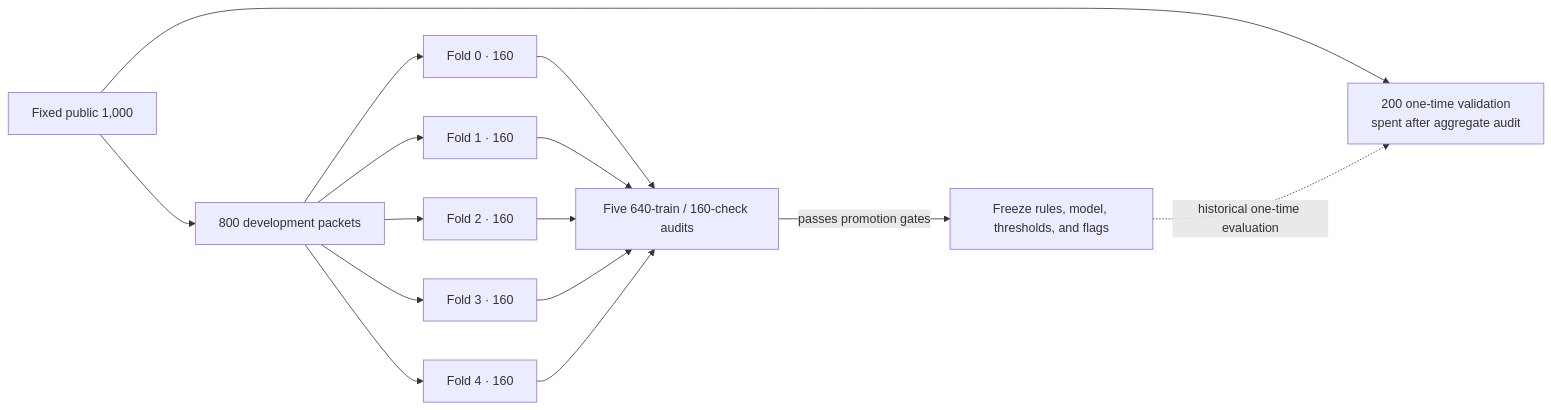
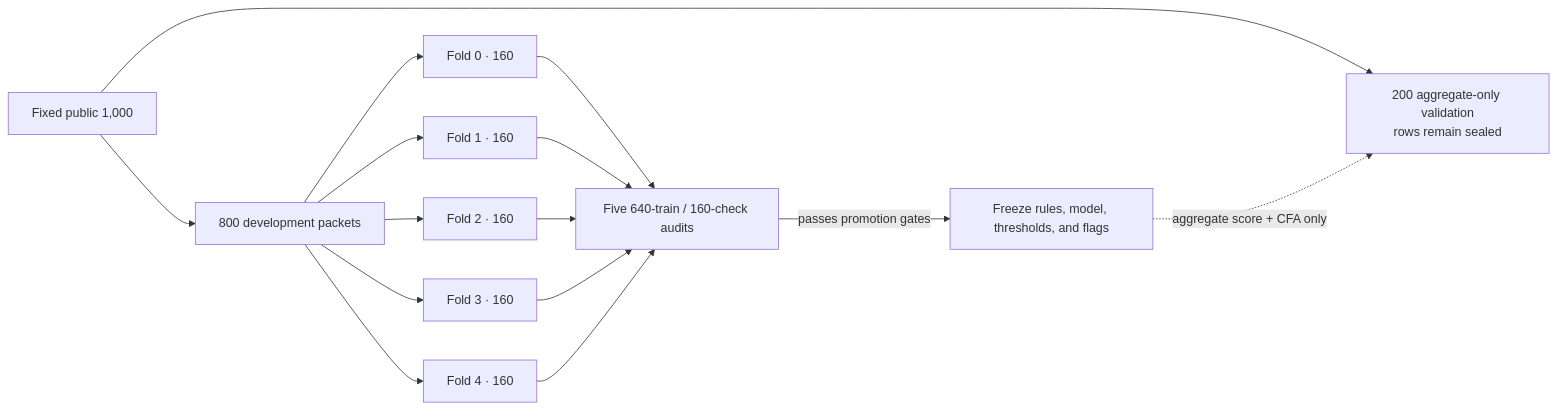
Before and after one commit to midasavocado/mib-doc-challenge-solution: the fifth of 5 diagrams in MEMO.md, drawn with Mermaid. The commit also changed other lines of this file and 7 other files, not shown here.

Commit message:
Promote aggregate-validated zero-CFA classifier

````diff
--- a/MEMO.md
+++ b/MEMO.md
@@ -676,13 +683,13 @@
 ```mermaid
 flowchart LR
     ALL["Fixed public 1,000"] --> DEV["800 development packets"]
-    ALL --> HOLD["200 one-time validation<br/>spent after aggregate audit"]
+    ALL --> HOLD["200 aggregate-only validation<br/>rows remain sealed"]
     DEV --> F0["Fold 0 · 160"]
     DEV --> F1["Fold 1 · 160"]
     DEV --> F2["Fold 2 · 160"]
     DEV --> F3["Fold 3 · 160"]
     DEV --> F4["Fold 4 · 160"]
     F0 & F1 & F2 & F3 & F4 --> OOF["Five 640-train / 160-check audits"]
     OOF -->|"passes promotion gates"| FREEZE["Freeze rules, model, thresholds, and flags"]
-    FREEZE -. "historical one-time evaluation" .-> HOLD
+    FREEZE -. "aggregate score + CFA only" .-> HOLD
 ```
````
